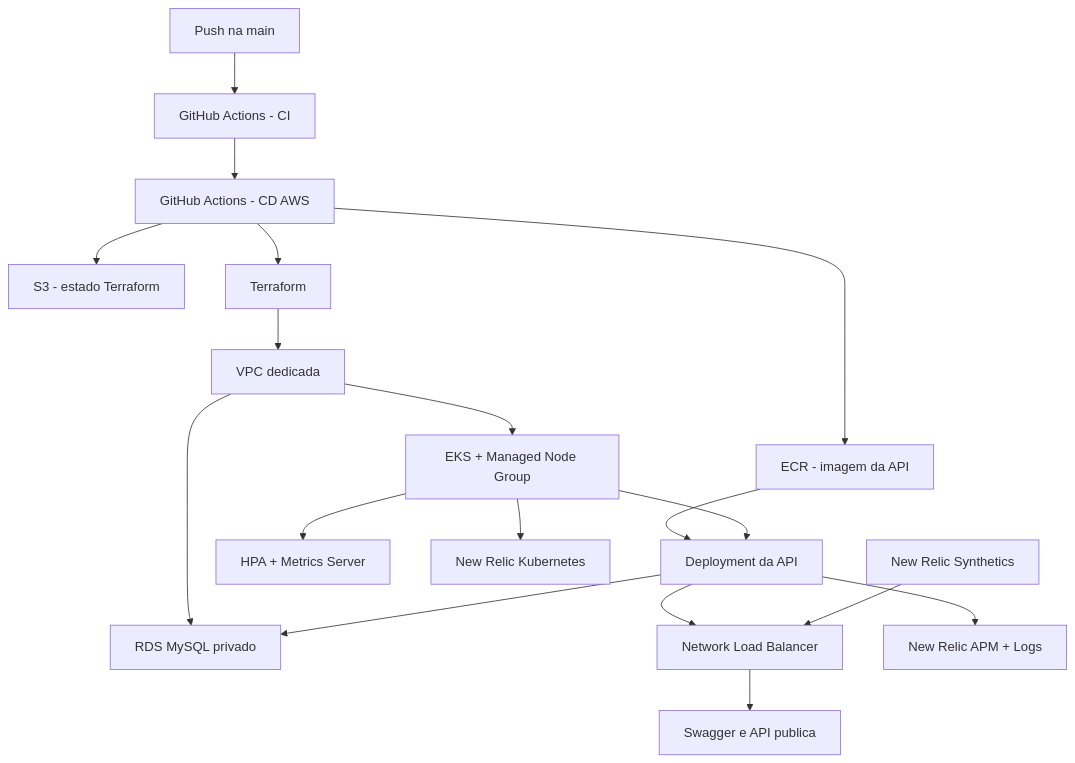
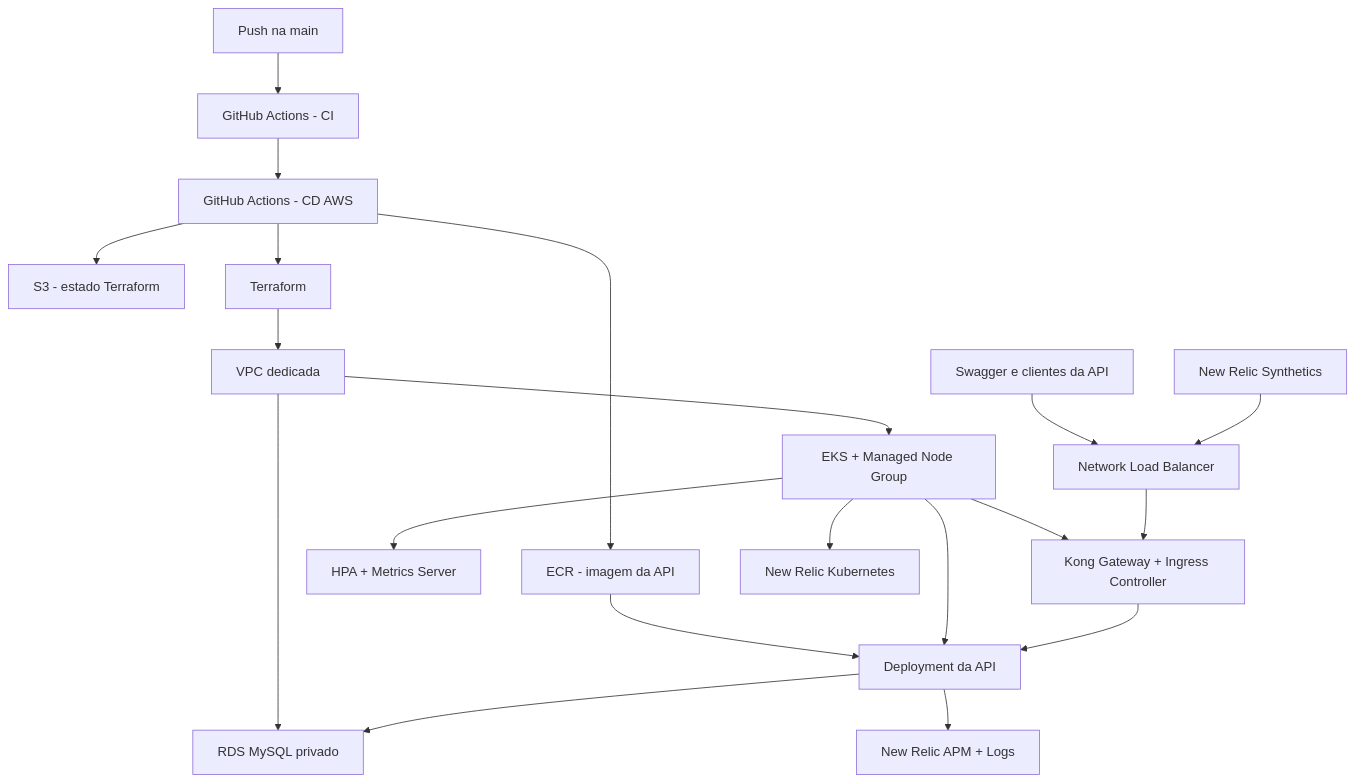
One commit to kaziwon/techchallengerm372882 changed the first of 3 diagrams in README.md. Above: the diagram before and after it, drawn with Mermaid. The commit also changed other lines of this file and 8 other files, not shown here.

Commit message:
api gateway implementada

````diff
--- a/README.md
+++ b/README.md
@@ -33,20 +34,22 @@
 ```mermaid
 flowchart TD
     DEV["Push na main"] --> CI["GitHub Actions - CI"]
     CI --> CD["GitHub Actions - CD AWS"]
     CD --> S3["S3 - estado Terraform"]
     CD --> ECR["ECR - imagem da API"]
     CD --> TF["Terraform"]
     TF --> VPC["VPC dedicada"]
     VPC --> EKS["EKS + Managed Node Group"]
     VPC --> RDS["RDS MySQL privado"]
     ECR --> API["Deployment da API"]
     EKS --> API
     EKS --> HPA["HPA + Metrics Server"]
     API --> RDS
-    API --> LB["Network Load Balancer"]
-    LB --> USER["Swagger e API publica"]
+    EKS --> KONG["Kong Gateway + Ingress Controller"]
+    USER["Swagger e clientes da API"] --> LB["Network Load Balancer"]
+    LB --> KONG
+    KONG --> API
     EKS --> NRK8S["New Relic Kubernetes"]
     API --> NRAPM["New Relic APM + Logs"]
     NRSYN["New Relic Synthetics"] --> LB
 ```
````
